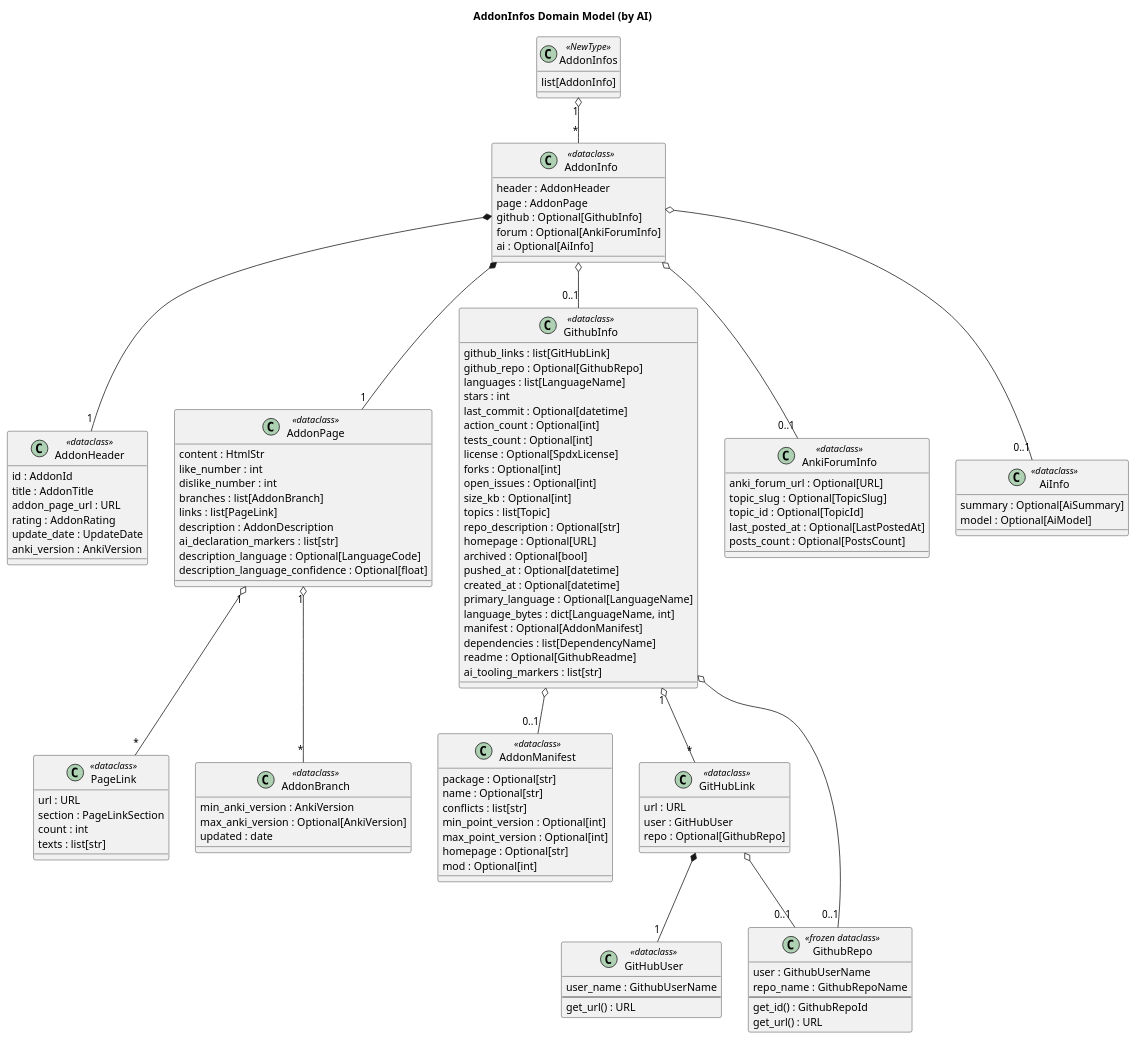
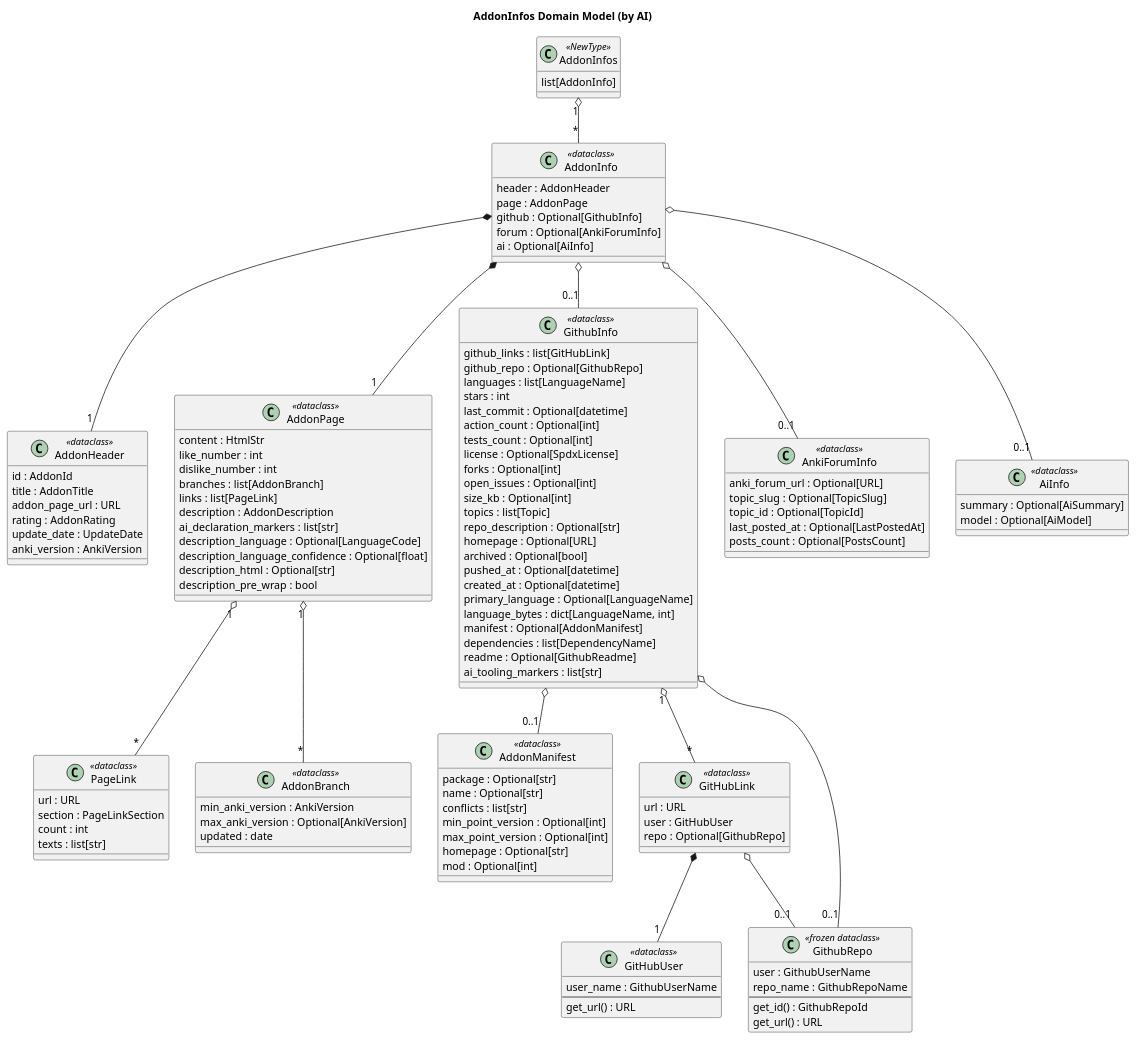
Before and after one commit to Aleks-Ya/anki-addons-dataset: the diagram in doc/uml/ai/class-addon-infos.puml, drawn with PlantUML. The commit also changed 12 other files, not shown here.

Commit message:
Store addon description in HTML format

```diff
--- a/doc/uml/ai/class-addon-infos.puml
+++ b/doc/uml/ai/class-addon-infos.puml
@@ -1,140 +1,142 @@
 @startuml
 
 title AddonInfos Domain Model (by AI)
 
 skinparam packageStyle rectangle
 
 class AddonInfos <<NewType>> {
   list[AddonInfo]
 }
 
 class AddonInfo <<dataclass>> {
   header : AddonHeader
   page : AddonPage
   github : Optional[GithubInfo]
   forum : Optional[AnkiForumInfo]
   ai : Optional[AiInfo]
 }
 
 class AddonHeader <<dataclass>> {
   id : AddonId
   title : AddonTitle
   addon_page_url : URL
   rating : AddonRating
   update_date : UpdateDate
   anki_version : AnkiVersion
 }
 
 class AddonPage <<dataclass>> {
   content : HtmlStr
   like_number : int
   dislike_number : int
   branches : list[AddonBranch]
   links : list[PageLink]
   description : AddonDescription
   ai_declaration_markers : list[str]
   description_language : Optional[LanguageCode]
   description_language_confidence : Optional[float]
+  description_html : Optional[str]
+  description_pre_wrap : bool
 }
 
 class PageLink <<dataclass>> {
   url : URL
   section : PageLinkSection
   count : int
   texts : list[str]
 }
 
 class AddonBranch <<dataclass>> {
   min_anki_version : AnkiVersion
   max_anki_version : Optional[AnkiVersion]
   updated : date
 }
 
 class GithubInfo <<dataclass>> {
   github_links : list[GitHubLink]
   github_repo : Optional[GithubRepo]
   languages : list[LanguageName]
   stars : int
   last_commit : Optional[datetime]
   action_count : Optional[int]
   tests_count : Optional[int]
   license : Optional[SpdxLicense]
   forks : Optional[int]
   open_issues : Optional[int]
   size_kb : Optional[int]
   topics : list[Topic]
   repo_description : Optional[str]
   homepage : Optional[URL]
   archived : Optional[bool]
   pushed_at : Optional[datetime]
   created_at : Optional[datetime]
   primary_language : Optional[LanguageName]
   language_bytes : dict[LanguageName, int]
   manifest : Optional[AddonManifest]
   dependencies : list[DependencyName]
   readme : Optional[GithubReadme]
   ai_tooling_markers : list[str]
 }
 
 class AddonManifest <<dataclass>> {
   package : Optional[str]
   name : Optional[str]
   conflicts : list[str]
   min_point_version : Optional[int]
   max_point_version : Optional[int]
   homepage : Optional[str]
   mod : Optional[int]
 }
 
 class GitHubLink <<dataclass>> {
   url : URL
   user : GitHubUser
   repo : Optional[GithubRepo]
 }
 
 class GitHubUser <<dataclass>> {
   user_name : GithubUserName
   --
   get_url() : URL
 }
 
 class GithubRepo <<frozen dataclass>> {
   user : GithubUserName
   repo_name : GithubRepoName
   --
   get_id() : GithubRepoId
   get_url() : URL
 }
 
 class AnkiForumInfo <<dataclass>> {
   anki_forum_url : Optional[URL]
   topic_slug : Optional[TopicSlug]
   topic_id : Optional[TopicId]
   last_posted_at : Optional[LastPostedAt]
   posts_count : Optional[PostsCount]
 }
 
 class AiInfo <<dataclass>> {
   summary : Optional[AiSummary]
   model : Optional[AiModel]
 }
 
 AddonInfos "1" o-- "*" AddonInfo
 
 AddonInfo *-- "1" AddonHeader
 AddonInfo *-- "1" AddonPage
 AddonInfo o-- "0..1" GithubInfo
 AddonInfo o-- "0..1" AnkiForumInfo
 AddonInfo o-- "0..1" AiInfo
 
 AddonPage "1" o-- "*" AddonBranch
 AddonPage "1" o-- "*" PageLink
 
 GithubInfo "1" o-- "*" GitHubLink
 GithubInfo o-- "0..1" GithubRepo
 GithubInfo o-- "0..1" AddonManifest
 
 GitHubLink *-- "1" GitHubUser
 GitHubLink o-- "0..1" GithubRepo
 
 @enduml
```
